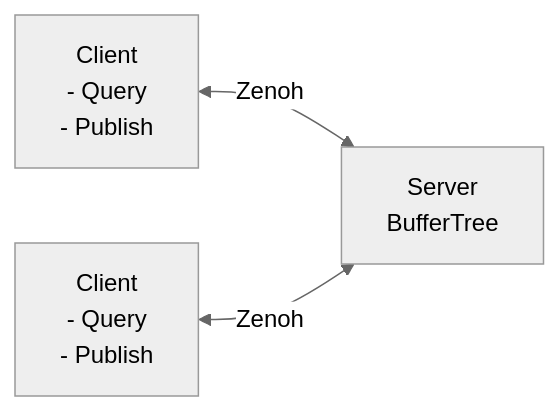
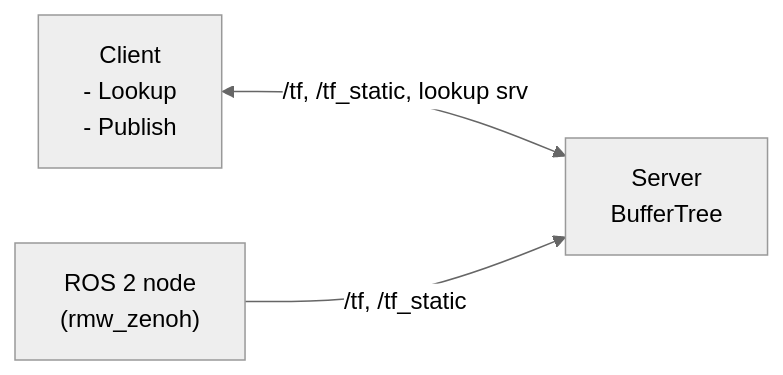
One commit to MaxiMaerz/schiebung changed the first of 3 diagrams in comms/docs/index.md. Above: the diagram before and after it, drawn with Mermaid (neutral theme). The commit also changed other lines of this file and 54 other files, not shown here.

First line of the commit message:
feat(comms): speak ROS 2 over zenoh via hiroz, add buffer snapshot service

````diff
--- a/comms/docs/index.md
+++ b/comms/docs/index.md
@@ -12,9 +20,9 @@
 ```mermaid
 graph LR
-    Client_1["Client<br/>- Query<br/>- Publish"]
-    Client_N["Client<br/>- Query<br/>- Publish"]
+    Client_1["Client<br/>- Lookup<br/>- Publish"]
+    Client_N["ROS 2 node<br/>(rmw_zenoh)"]
     Server["Server<br/>BufferTree"]
 
-    Client_1 <-->|Zenoh| Server
-    Client_N <-->|Zenoh| Server
+    Client_1 <-->|"/tf, /tf_static, lookup srv"| Server
+    Client_N -->|"/tf, /tf_static"| Server
 ```
````
